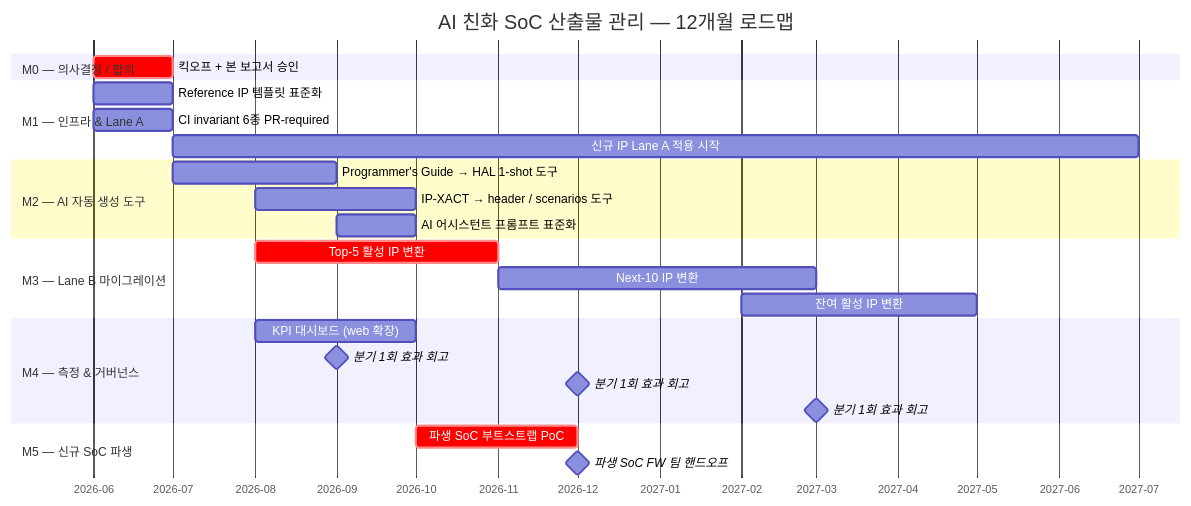
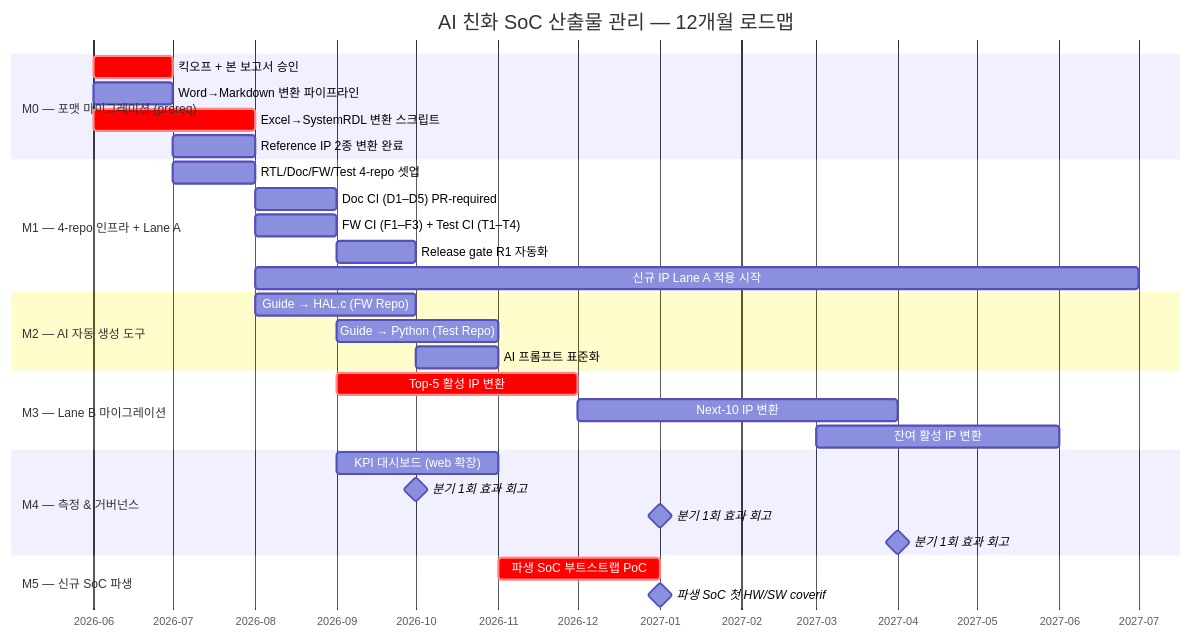
One commit to k31001/ssd-soc-cfg-mngt changed the diagram in docs/proposal/10-roadmap.md. Above: the diagram before and after it, drawn with Mermaid. The commit also changed other lines of this file and 8 other files, not shown here.

First line of the commit message:
docs(proposal): 4-repo (RTL/Doc/FW/Test) + SSD Host + SystemRDL/Word·Excel 마이그레이션

````diff
--- a/docs/proposal/10-roadmap.md
+++ b/docs/proposal/10-roadmap.md
@@ -10,34 +10,39 @@
 ```mermaid
 gantt
     dateFormat YYYY-MM
     axisFormat %Y-%m
     title  AI 친화 SoC 산출물 관리 — 12개월 로드맵
 
-    section M0 — 의사결정 / 합의
-    킥오프 + 본 보고서 승인         :crit, m0a, 2026-06, 1M
+    section M0 — 포맷 마이그레이션 (prereq)
+    킥오프 + 본 보고서 승인          :crit, m0a, 2026-06, 1M
+    Word→Markdown 변환 파이프라인    :m0b, 2026-06, 1M
+    Excel→SystemRDL 변환 스크립트    :crit, m0c, 2026-06, 2M
+    Reference IP 2종 변환 완료       :m0d, 2026-07, 1M
 
-    section M1 — 인프라 & Lane A
-    Reference IP 템플릿 표준화      :m1a, 2026-06, 1M
-    CI invariant 6종 PR-required   :m1b, 2026-06, 1M
-    신규 IP Lane A 적용 시작       :m1c, 2026-07, 12M
+    section M1 — 4-repo 인프라 + Lane A
+    RTL/Doc/FW/Test 4-repo 셋업      :m1a, 2026-07, 1M
+    Doc CI (D1–D5) PR-required       :m1b, 2026-08, 1M
+    FW CI (F1–F3) + Test CI (T1–T4)  :m1c, 2026-08, 1M
+    Release gate R1 자동화           :m1d, 2026-09, 1M
+    신규 IP Lane A 적용 시작         :m1e, 2026-08, 11M
 
     section M2 — AI 자동 생성 도구
-    Programmer's Guide → HAL 1-shot 도구 :m2a, 2026-07, 2M
-    IP-XACT → header / scenarios 도구    :m2b, 2026-08, 2M
-    AI 어시스턴트 프롬프트 표준화        :m2c, 2026-09, 1M
+    Guide → HAL.c (FW Repo)          :m2a, 2026-08, 2M
+    Guide → Python (Test Repo)       :m2b, 2026-09, 2M
+    AI 프롬프트 표준화                :m2c, 2026-10, 1M
 
     section M3 — Lane B 마이그레이션
-    Top-5 활성 IP 변환             :crit, m3a, 2026-08, 3M
-    Next-10 IP 변환                 :m3b, 2026-11, 4M
-    잔여 활성 IP 변환                :m3c, 2027-02, 3M
+    Top-5 활성 IP 변환                :crit, m3a, 2026-09, 3M
+    Next-10 IP 변환                   :m3b, 2026-12, 4M
+    잔여 활성 IP 변환                 :m3c, 2027-03, 3M
 
     section M4 — 측정 & 거버넌스
-    KPI 대시보드 (web 확장)        :m4a, 2026-08, 2M
-    분기 1회 효과 회고              :milestone, m4b, 2026-09, 0d
-    분기 1회 효과 회고              :milestone, m4c, 2026-12, 0d
-    분기 1회 효과 회고              :milestone, m4d, 2027-03, 0d
+    KPI 대시보드 (web 확장)          :m4a, 2026-09, 2M
+    분기 1회 효과 회고                :milestone, m4b, 2026-10, 0d
+    분기 1회 효과 회고                :milestone, m4c, 2027-01, 0d
+    분기 1회 효과 회고                :milestone, m4d, 2027-04, 0d
 
     section M5 — 신규 SoC 파생
-    파생 SoC 부트스트랩 PoC         :crit, m5a, 2026-10, 2M
-    파생 SoC FW 팀 핸드오프         :milestone, m5b, 2026-12, 0d
+    파생 SoC 부트스트랩 PoC          :crit, m5a, 2026-11, 2M
+    파생 SoC 첫 HW/SW coverif        :milestone, m5b, 2027-01, 0d
 ```
````
